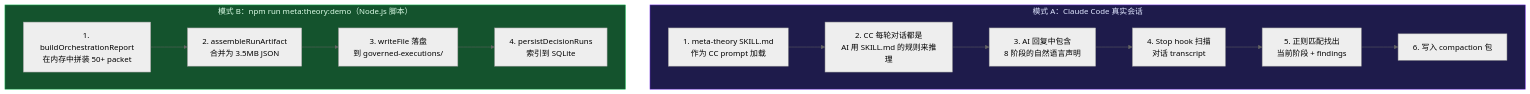
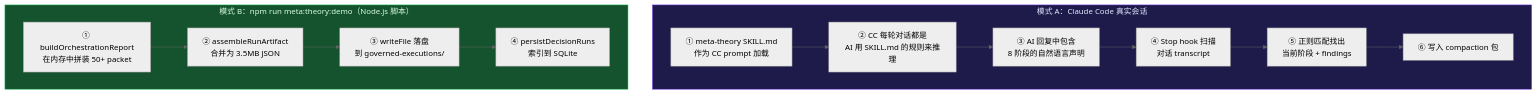
Before and after one commit to delphi007/ai-study: the second of 4 diagrams in Meta_Kim/00-Meta_Kim 入门概览.md, drawn with Mermaid (neutral theme).

Commit message:
chore: sync vault content 2026-06-20

````diff
--- a/Meta_Kim/00-Meta_Kim 入门概览.md
+++ b/Meta_Kim/00-Meta_Kim 入门概览.md
@@ -100,23 +100,23 @@
 ```mermaid
 flowchart TD
     subgraph mode_a["模式 A：Claude Code 真实会话"]
-        A1["1. meta-theory SKILL.md<br/>作为 CC prompt 加载"]
-        A2["2. CC 每轮对话都是<br/>AI 用 SKILL.md 的规则来推理"]
-        A3["3. AI 回复中包含<br/>8 阶段的自然语言声明"]
-        A4["4. Stop hook 扫描<br/>对话 transcript"]
-        A5["5. 正则匹配找出<br/>当前阶段 + findings"]
-        A6["6. 写入 compaction 包"]
+        A1["① meta-theory SKILL.md<br/>作为 CC prompt 加载"]
+        A2["② CC 每轮对话都是<br/>AI 用 SKILL.md 的规则来推理"]
+        A3["③ AI 回复中包含<br/>8 阶段的自然语言声明"]
+        A4["④ Stop hook 扫描<br/>对话 transcript"]
+        A5["⑤ 正则匹配找出<br/>当前阶段 + findings"]
+        A6["⑥ 写入 compaction 包"]
         A1 --> A2 --> A3 --> A4 --> A5 --> A6
     end
 
     subgraph mode_b["模式 B：npm run meta:theory:demo（Node.js 脚本）"]
-        B1["1. buildOrchestrationReport<br/>在内存中拼装 50+ packet"]
-        B2["2. assembleRunArtifact<br/>合并为 3.5MB JSON"]
-        B3["3. writeFile 落盘<br/>到 governed-executions/"]
-        B4["4. persistDecisionRuns<br/>索引到 SQLite"]
+        B1["① buildOrchestrationReport<br/>在内存中拼装 50+ packet"]
+        B2["② assembleRunArtifact<br/>合并为 3.5MB JSON"]
+        B3["③ writeFile 落盘<br/>到 governed-executions/"]
+        B4["④ persistDecisionRuns<br/>索引到 SQLite"]
         B1 --> B2 --> B3 --> B4
     end
 
     style mode_a fill:#1e1b4b,stroke:#7c3aed,color:#e0e7ff
     style mode_b fill:#14532d,stroke:#22c55e,color:#dcfce7
 ```
````
